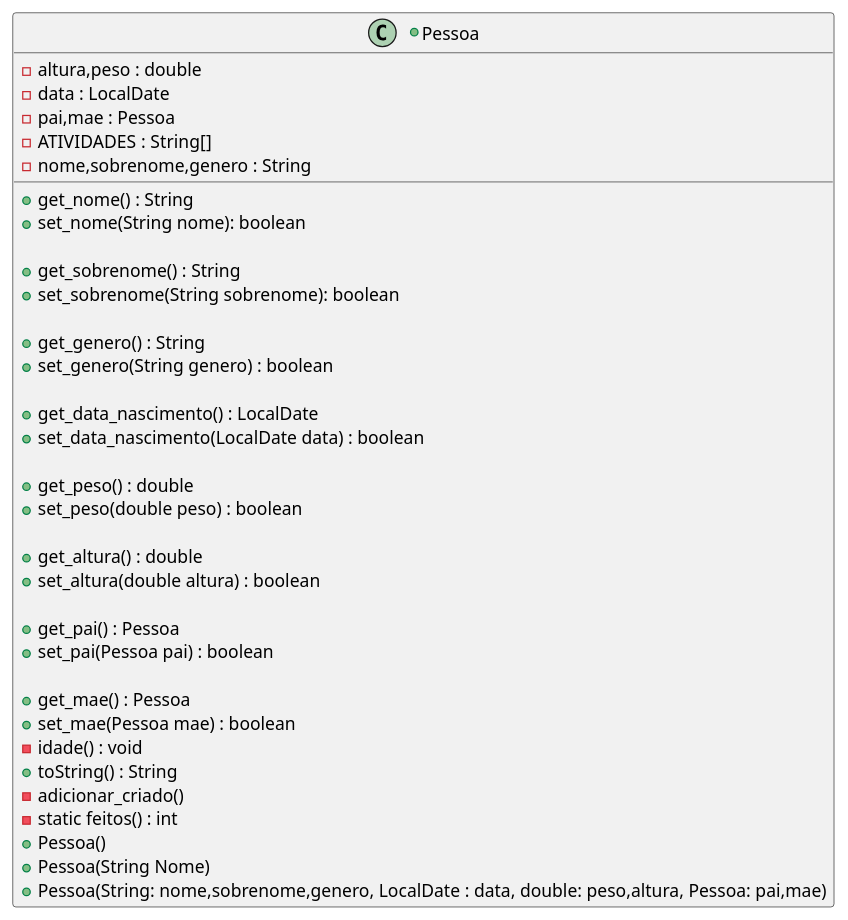
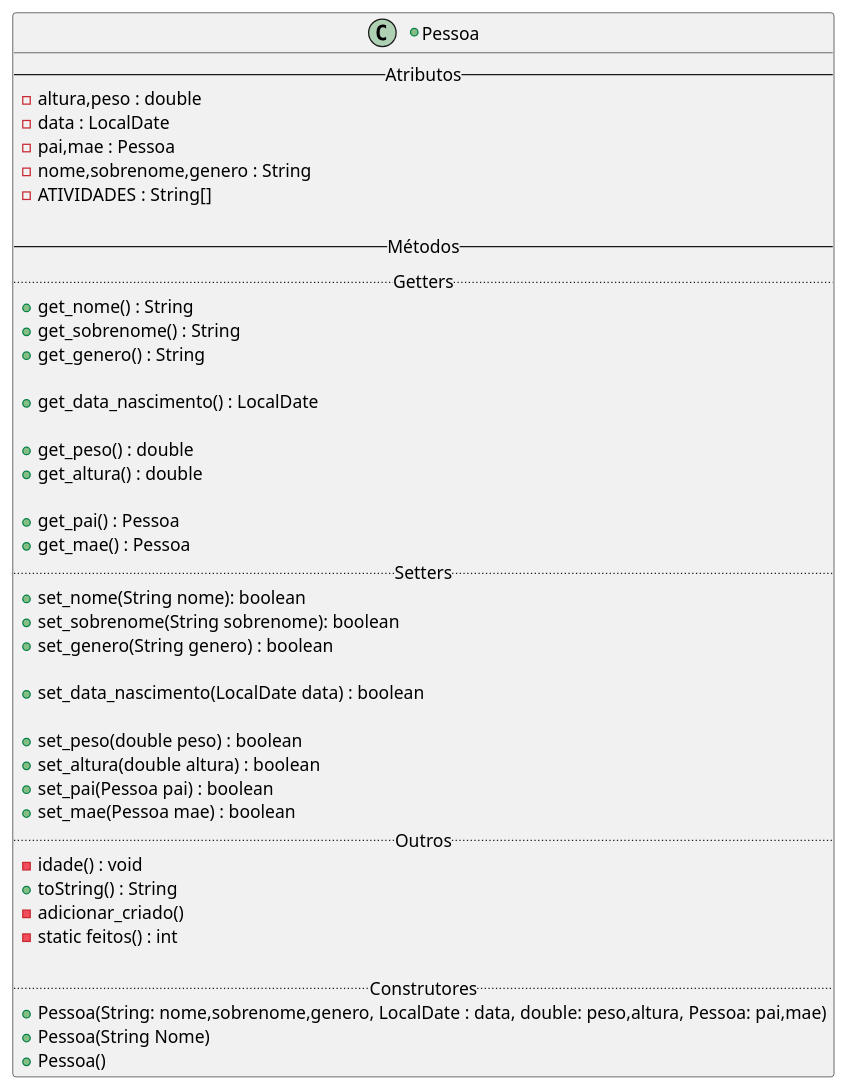
The diagram in LP2/ExP1/diagrama.md (Datto6/LP), drawn with PlantUML before and after one commit.

Commit message:
organizando um pouco

````diff
--- a/LP2/ExP1/diagrama.md
+++ b/LP2/ExP1/diagrama.md
@@ -1,46 +1,50 @@
 ``` plantuml 
 
 @startuml
 
 +class Pessoa{
+--Atributos--
 -altura,peso : double
 -data : LocalDate
 -pai,mae : Pessoa
+-nome,sobrenome,genero : String
 -ATIVIDADES : String[]
--nome,sobrenome,genero : String
+
+--Métodos--
+..Getters..
 +get_nome() : String
++get_sobrenome() : String
++get_genero() : String
+
++get_data_nascimento() : LocalDate
+
++get_peso() : double
++get_altura() : double
+
++get_pai() : Pessoa
++get_mae() : Pessoa
+..Setters..
 +set_nome(String nome): boolean
-
-+get_sobrenome() : String
 +set_sobrenome(String sobrenome): boolean
-
-+get_genero() : String
 +set_genero(String genero) : boolean
 
-+get_data_nascimento() : LocalDate
 +set_data_nascimento(LocalDate data) : boolean
 
-+get_peso() : double
 +set_peso(double peso) : boolean
-
-+get_altura() : double
 +set_altura(double altura) : boolean
-
-+get_pai() : Pessoa
 +set_pai(Pessoa pai) : boolean
-
-+get_mae() : Pessoa
 +set_mae(Pessoa mae) : boolean
+..Outros..
 -idade() : void
 +toString() : String
 -adicionar_criado()
 - static feitos() : int
-+ Pessoa() 
+
+..Construtores..
+ +Pessoa(String: nome,sobrenome,genero, LocalDate : data, double: peso,altura, Pessoa: pai,mae)
 + Pessoa(String Nome)
-+Pessoa(String: nome,sobrenome,genero, LocalDate : data, double: peso,altura, Pessoa: pai,mae)
++ Pessoa()
 }
 
 @enduml
-
-@enduml
 ```
````
